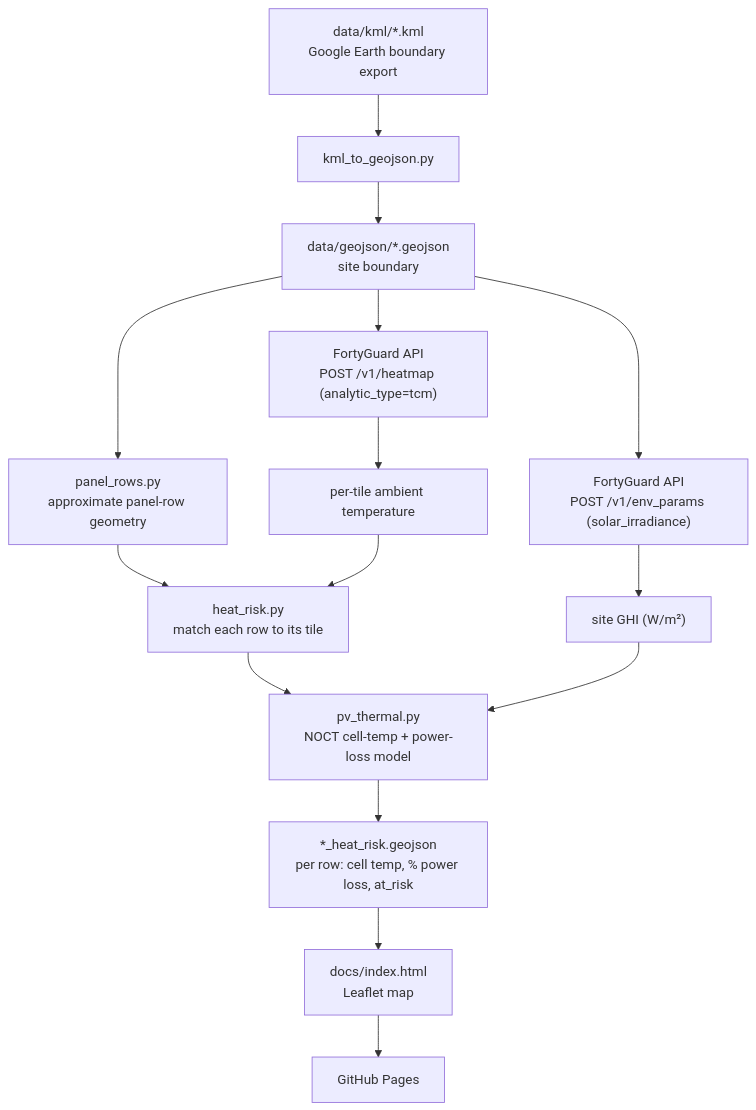
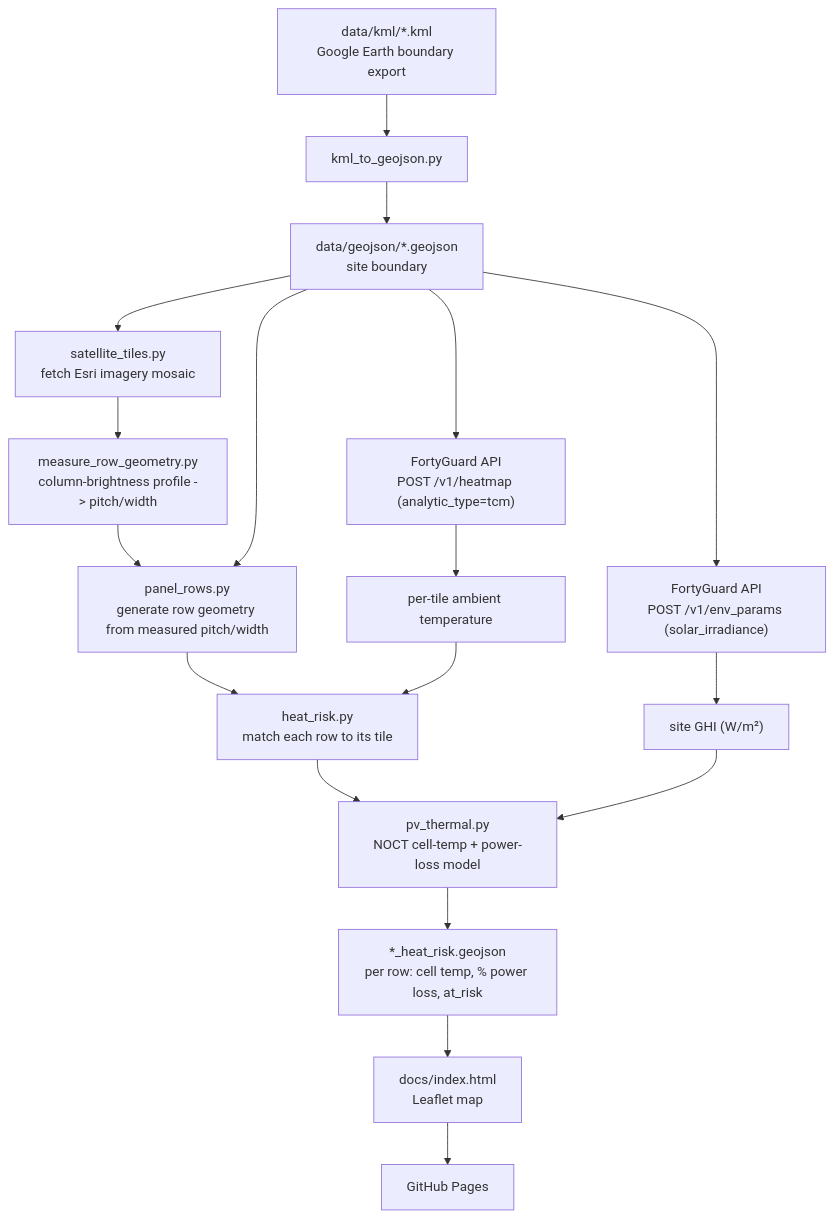
The diagram in README.md (ASAD-BE18/solar-heat-guard), drawn with Mermaid before and after one commit. The commit also changed other lines of this file and 10 other files, not shown here.

First line of the commit message:
Measure real panel-row geometry from satellite imagery

````diff
--- a/README.md
+++ b/README.md
@@ -20,22 +20,26 @@
 ```mermaid
 flowchart TD
     KML["data/kml/*.kml<br/>Google Earth boundary export"] --> K2G["kml_to_geojson.py"]
     K2G --> SITE["data/geojson/*.geojson<br/>site boundary"]
 
-    SITE --> PR["panel_rows.py<br/>approximate panel-row geometry"]
+    SITE --> SAT["satellite_tiles.py<br/>fetch Esri imagery mosaic"]
+    SAT --> MEASURE["measure_row_geometry.py<br/>column-brightness profile -> pitch/width"]
+    MEASURE --> PR["panel_rows.py<br/>generate row geometry from measured pitch/width"]
+
+    SITE --> PR
     SITE --> HM["FortyGuard API<br/>POST /v1/heatmap (analytic_type=tcm)"]
     SITE --> EP["FortyGuard API<br/>POST /v1/env_params (solar_irradiance)"]
 
     HM --> TILES["per-tile ambient temperature"]
     EP --> GHI["site GHI (W/m²)"]
 
     PR --> OVERLAY["heat_risk.py<br/>match each row to its tile"]
     TILES --> OVERLAY
 
     OVERLAY --> PVM["pv_thermal.py<br/>NOCT cell-temp + power-loss model"]
     GHI --> PVM
 
     PVM --> RISK["*_heat_risk.geojson<br/>per row: cell temp, % power loss, at_risk"]
     RISK --> VIZ["docs/index.html<br/>Leaflet map"]
     VIZ --> PAGES["GitHub Pages"]
 ```
````
